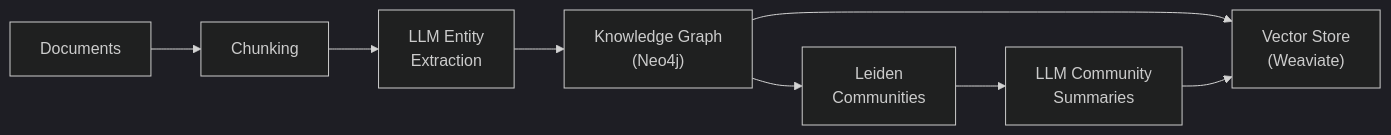
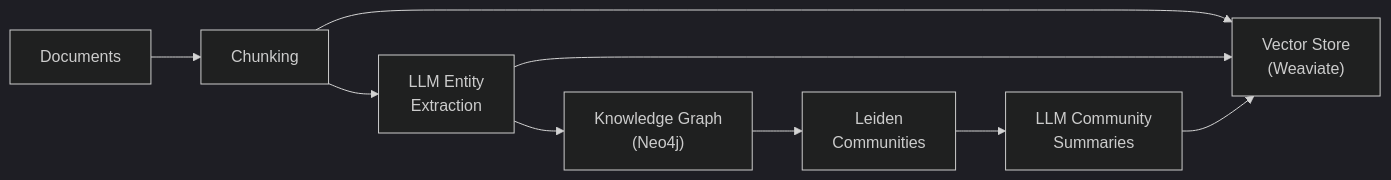
Before and after one commit to crlsrmrlsz/raglab: the first of 2 diagrams in docs/preprocessing/graphrag.md, drawn with Mermaid (dark theme).

Commit message:
fix(docs): correct indexing diagram to show all embeddings
Fix mermaid diagram to show what actually gets embedded:
- Chunks → Vector Store
- Entities (from extraction) → Vector Store
- Community summaries → Vector Store

Previously incorrectly showed KG → Vector Store.

````diff
--- a/docs/preprocessing/graphrag.md
+++ b/docs/preprocessing/graphrag.md
@@ -29,11 +29,12 @@
 ```mermaid
 flowchart LR
     DOC[Documents] --> CHUNK[Chunking]
     CHUNK --> EXT["LLM Entity\nExtraction"]
     EXT --> KG["Knowledge Graph\n(Neo4j)"]
     KG --> LEIDEN["Leiden\nCommunities"]
     LEIDEN --> SUMM["LLM Community\nSummaries"]
 
-    KG --> EMB["Vector Store\n(Weaviate)"]
+    CHUNK --> EMB["Vector Store\n(Weaviate)"]
+    EXT --> EMB
     SUMM --> EMB
 ```
````
